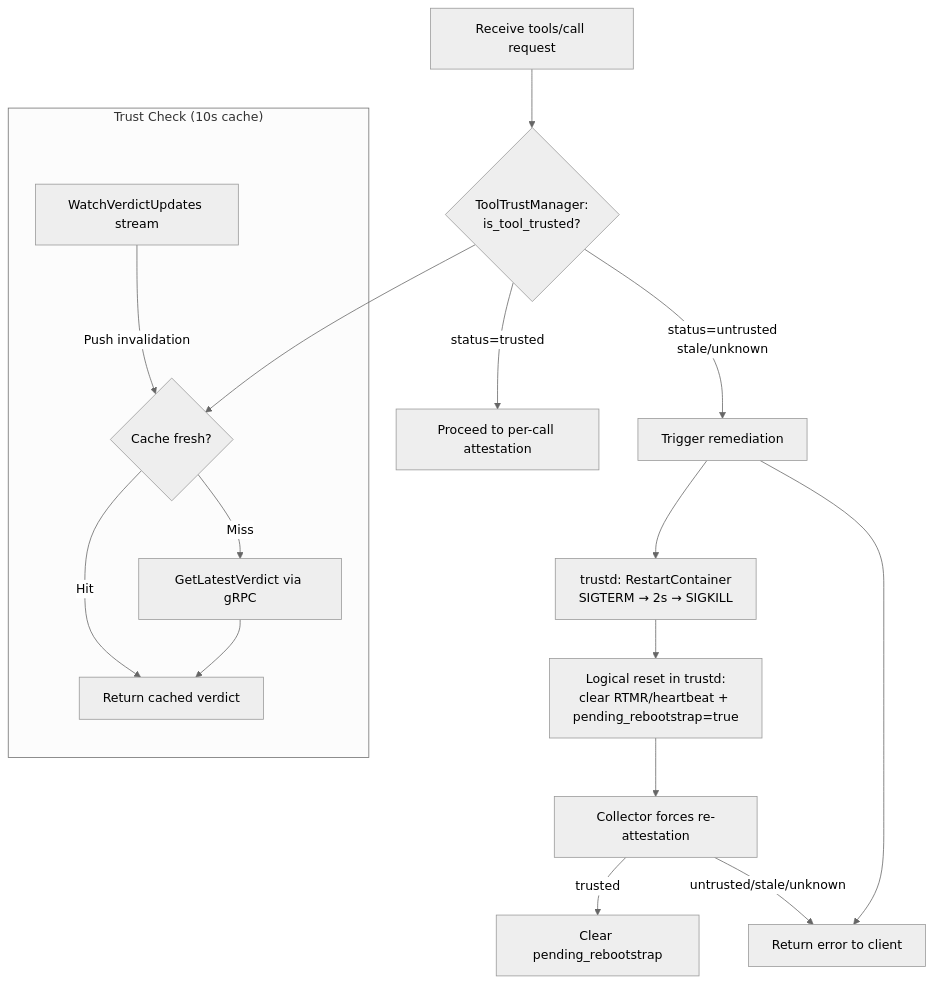
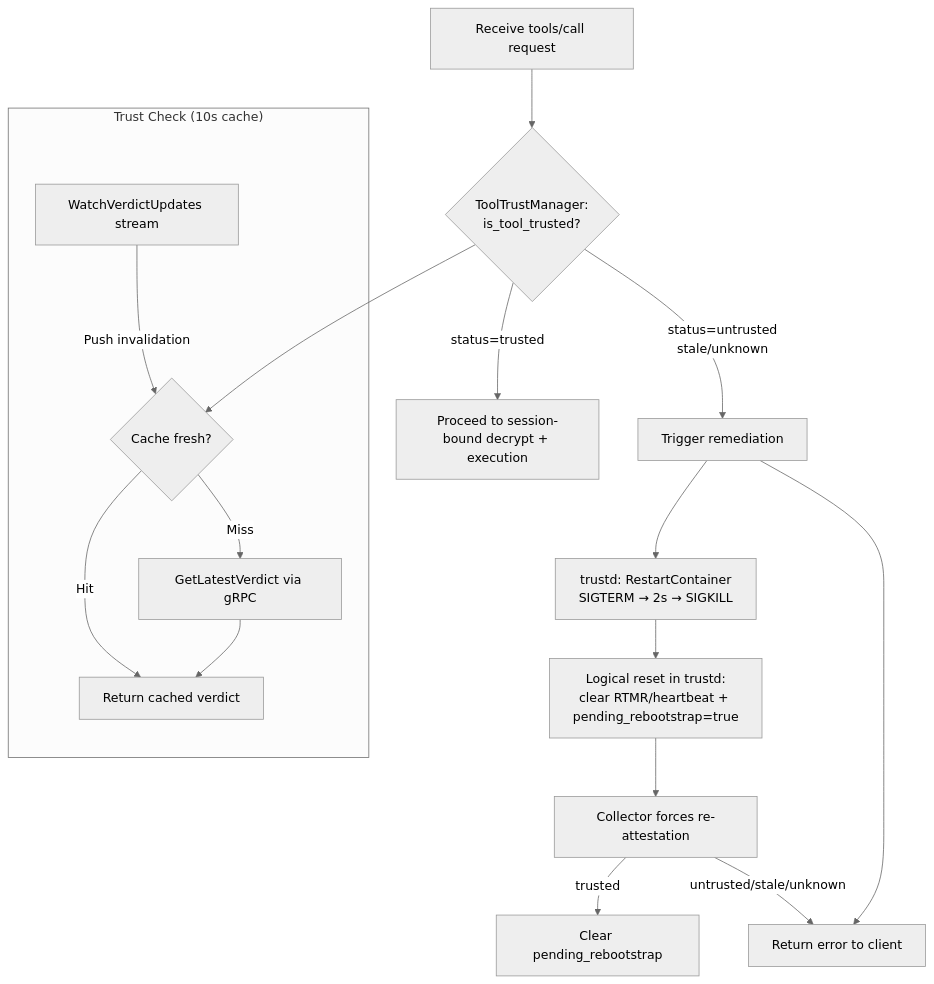
The eighth of 11 diagrams in docs/TEE_MCP_PROTOCOL.md (jc-su/python-sdk), drawn with Mermaid (neutral theme) before and after one commit. The commit also changed other lines of this file and 51 other files, not shown here.

````diff
--- a/docs/TEE_MCP_PROTOCOL.md
+++ b/docs/TEE_MCP_PROTOCOL.md
@@ -748,26 +707,26 @@
 ```mermaid
 flowchart TB
     CALL[Receive tools/call request]
     CALL --> TTM_CHECK{ToolTrustManager:<br/>is_tool_trusted?}
 
-    TTM_CHECK -->|"status=trusted"| ATTEST[Proceed to per-call attestation]
+    TTM_CHECK -->|"status=trusted"| ATTEST[Proceed to session-bound decrypt + execution]
     TTM_CHECK -->|"status=untrusted<br/>stale/unknown"| REMEDIATE
 
     subgraph "Trust Check (10s cache)"
         CACHE{Cache fresh?}
         CACHE -->|Hit| VERDICT[Return cached verdict]
         CACHE -->|Miss| QUERY[GetLatestVerdict via gRPC]
         QUERY --> VERDICT
         PUSH[WatchVerdictUpdates stream] -->|"Push invalidation"| CACHE
     end
 
     TTM_CHECK --> CACHE
 
     REMEDIATE[Trigger remediation]
     REMEDIATE --> RESTART[trustd: RestartContainer<br/>SIGTERM → 2s → SIGKILL]
     RESTART --> RESET[Logical reset in trustd:<br/>clear RTMR/heartbeat + pending_rebootstrap=true]
     RESET --> REATTEST[Collector forces re-attestation]
     REATTEST -->|trusted| UNBLOCK[Clear pending_rebootstrap]
     REATTEST -->|untrusted/stale/unknown| REJECT
     REMEDIATE --> REJECT[Return error to client]
 ```
````
